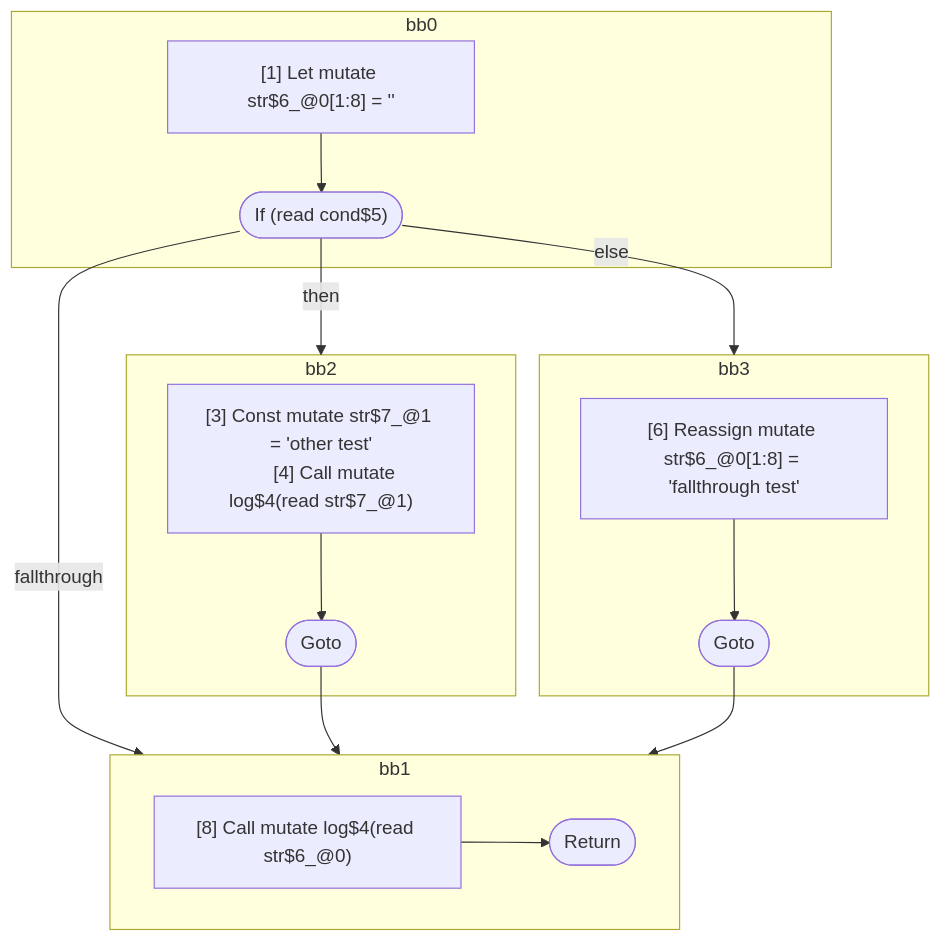
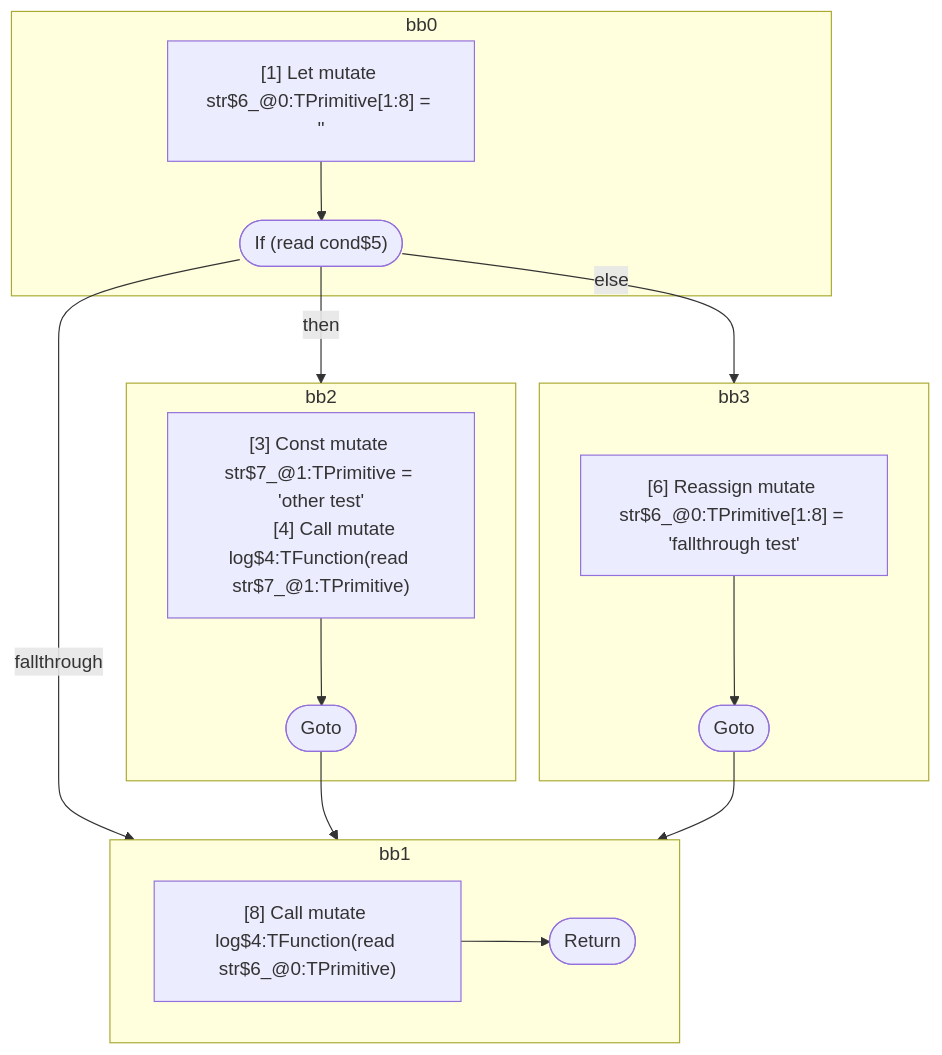
One commit to wutsmog/private changed the second of 2 diagrams in compiler/forget/src/__tests__/fixtures/hir/ssa-shadowing.expect.md. Above: the diagram before and after it, drawn with Mermaid. The commit also changed other lines of this file and 112 other files, not shown here.

````diff
--- a/compiler/forget/src/__tests__/fixtures/hir/ssa-shadowing.expect.md
+++ b/compiler/forget/src/__tests__/fixtures/hir/ssa-shadowing.expect.md
@@ -103,37 +103,37 @@
 ```mermaid
 flowchart TB
   %% Basic Blocks
   subgraph bb0
     bb0_instrs["
-      [1] Let mutate str$6_@0[1:8] = ''
+      [1] Let mutate str$6_@0:TPrimitive[1:8] = ''
     "]
     bb0_instrs --> bb0_terminal(["If (read cond$5)"])
   end
   subgraph bb2
     bb2_instrs["
-      [3] Const mutate str$7_@1 = 'other test'
-      [4] Call mutate log$4(read str$7_@1)
+      [3] Const mutate str$7_@1:TPrimitive = 'other test'
+      [4] Call mutate log$4:TFunction(read str$7_@1:TPrimitive)
     "]
     bb2_instrs --> bb2_terminal(["Goto"])
   end
   subgraph bb3
     bb3_instrs["
-      [6] Reassign mutate str$6_@0[1:8] = 'fallthrough test'
+      [6] Reassign mutate str$6_@0:TPrimitive[1:8] = 'fallthrough test'
     "]
     bb3_instrs --> bb3_terminal(["Goto"])
   end
   subgraph bb1
     bb1_instrs["
-      [8] Call mutate log$4(read str$6_@0)
+      [8] Call mutate log$4:TFunction(read str$6_@0:TPrimitive)
     "]
     bb1_instrs --> bb1_terminal(["Return"])
   end
 
   %% Jumps
   bb0_terminal -- "then" --> bb2
   bb0_terminal -- "else" --> bb3
   bb0_terminal -- "fallthrough" --> bb1
   bb2_terminal --> bb1
   bb3_terminal --> bb1
 
 ```
````
